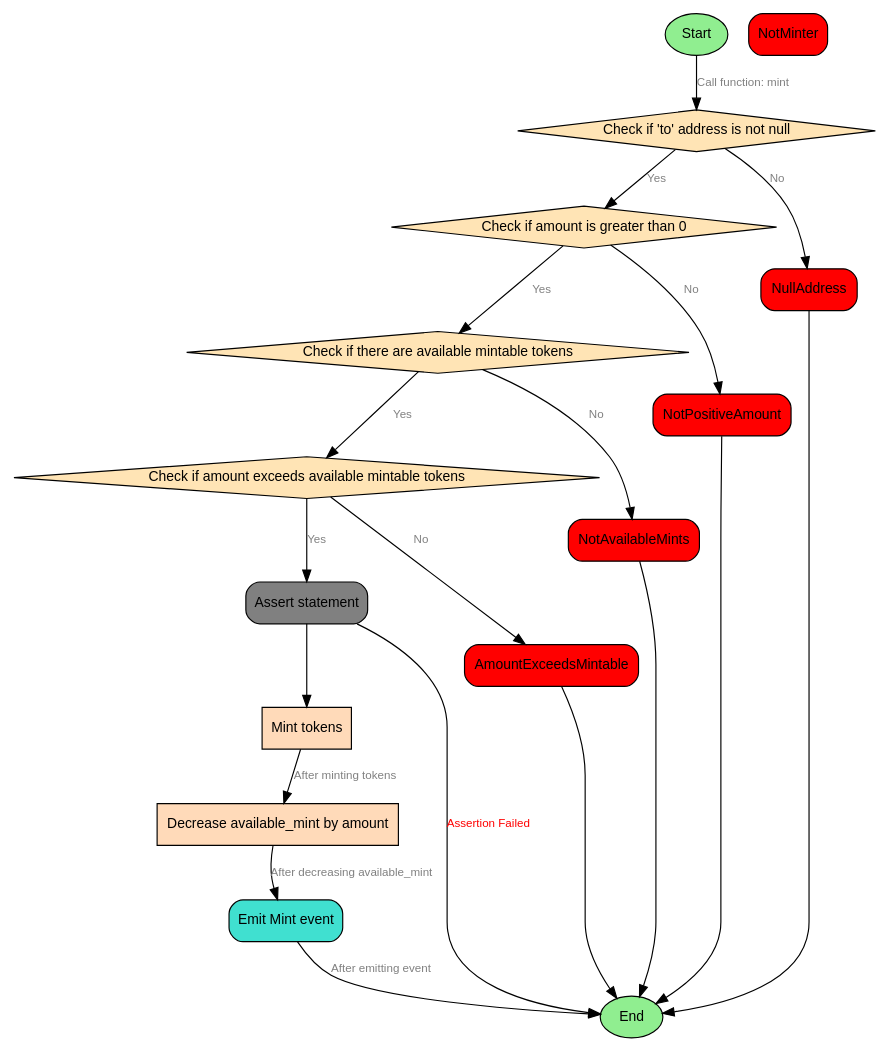
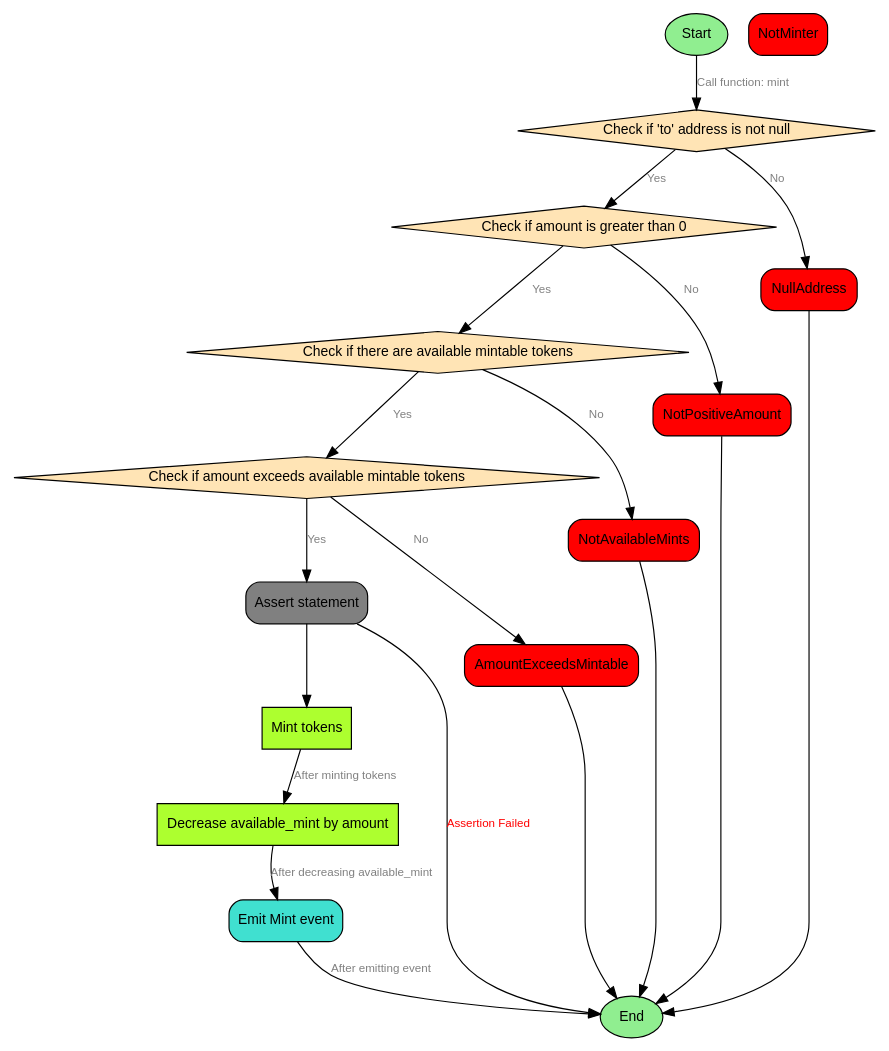
Before and after one commit to 0xJournal/contracts-0xJ__GovernanceToken: the diagram in doc/mint.dot, drawn with Graphviz. The commit also changed 2 other files, not shown here.

```diff
--- a/doc/mint.dot
+++ b/doc/mint.dot
@@ -1,47 +1,47 @@
 digraph {
     node [shape = box; style = "rounded, filled"; fillcolor = "#F5F5F5"; fontname = "Arial"; fontsize = 12;];
     edge [fontname = "Arial"; fontsize = 10;];
     
     start [label = "Start";shape = "ellipse";style = "filled";fillcolor = "#90EE90";];
     
     start -> checkTo [label = "Call function: mint"; fontsize = 10; fontcolor = "#808080";];
     
     checkTo [label = "Check if 'to' address is not null";shape = "diamond";style = "filled";fillcolor = "#FFE4B5";];
     checkAmount [label = "Check if amount is greater than 0";shape = "diamond";style = "filled";fillcolor = "#FFE4B5";];
     checkAvailableMint [label = "Check if there are available mintable tokens";shape = "diamond";style = "filled";fillcolor = "#FFE4B5";];
     checkAmountExceedsMintable [label = "Check if amount exceeds available mintable tokens";shape = "diamond";style = "filled";fillcolor = "#FFE4B5";];
     assertStatement [label = "Assert statement";shape = "box";style = "rounded,filled";fillcolor = "gray";];
-    mintTokens [label = "Mint tokens";style = "filled";fillcolor = "#FFDAB9";];
-    decreaseAvailableMint [label = "Decrease available_mint by amount";style = "filled";fillcolor = "#FFDAB9";];
+    mintTokens [label = "Mint tokens";style = "filled";fillcolor = "greenyellow";];
+    decreaseAvailableMint [label = "Decrease available_mint by amount";style = "filled";fillcolor = "greenyellow";];
     emitEvent [label = "Emit Mint event";shape = "box";style = "rounded,filled";fillcolor = "turquoise";];
     end [label = "End";shape = "ellipse";style = "filled";fillcolor = "#90EE90";];
     
     revertNotMinter [label = "NotMinter";shape = "box";style = "rounded,filled";fillcolor = "red";];
     revertNullAddress [label = "NullAddress";shape = "box";style = "rounded,filled";fillcolor = "red";];
     revertNotPositiveAmount [label = "NotPositiveAmount";shape = "box";style = "rounded,filled";fillcolor = "red";];
     revertNotAvailableMints [label = "NotAvailableMints";shape = "box";style = "rounded,filled";fillcolor = "red";];
     revertAmountExceedsMintable [label = "AmountExceedsMintable";shape = "box";style = "rounded,filled";fillcolor = "red";];
     
     checkTo -> checkAmount [label = "Yes"; fontsize = 10; fontcolor = "#808080";];
     checkTo -> revertNullAddress [label = "No"; fontsize = 10; fontcolor = "#808080";];
     revertNullAddress -> end;
     
     checkAmount -> checkAvailableMint [label = "Yes"; fontsize = 10; fontcolor = "#808080";];
     checkAmount -> revertNotPositiveAmount [label = "No"; fontsize = 10; fontcolor = "#808080";];
     revertNotPositiveAmount -> end;
     
     checkAvailableMint -> checkAmountExceedsMintable [label = "Yes"; fontsize = 10; fontcolor = "#808080";];
     checkAvailableMint -> revertNotAvailableMints [label = "No"; fontsize = 10; fontcolor = "#808080";];
     revertNotAvailableMints -> end;
     
     checkAmountExceedsMintable -> revertAmountExceedsMintable [label = "No"; fontsize = 10; fontcolor = "#808080";];
     checkAmountExceedsMintable -> assertStatement [label = "Yes"; fontsize = 10; fontcolor = "#808080";];
     revertAmountExceedsMintable -> end;
     
     assertStatement -> mintTokens;
     assertStatement -> end [label = "Assertion Failed"; fontsize = 10; fontcolor = "#FF0000";];
     
     mintTokens -> decreaseAvailableMint [label = "After minting tokens"; fontsize = 10; fontcolor = "#808080";];
     decreaseAvailableMint -> emitEvent [label = "After decreasing available_mint"; fontsize = 10; fontcolor = "#808080";];
     emitEvent -> end [label = "After emitting event"; fontsize = 10; fontcolor = "#808080";];
 }
```
